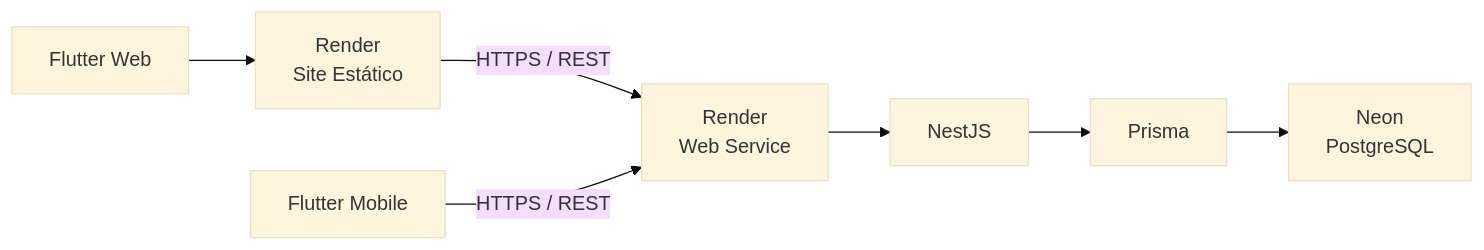
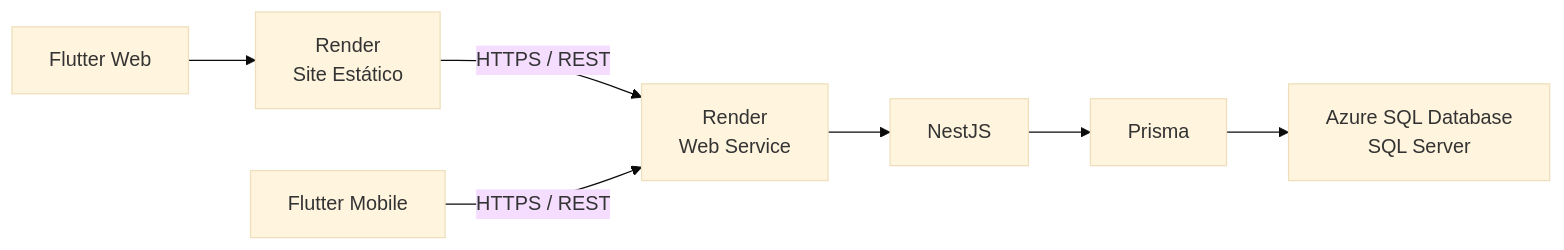
One commit to DanielSameque/Otzar changed the second of 2 diagrams in frontend/docs/08-stack-tecnologica.md. Above: the diagram before and after it, drawn with Mermaid (base theme). The commit also changed other lines of this file and 13 other files, not shown here.

Commit message:
Refactor backend to switch from PostgreSQL to SQL Server 2025. Update environment configuration, Docker setup, and Prisma integration. Modify documentation to reflect changes in database technology and connection details. Ensure compatibility with Azure SQL Database for production deployment.

````diff
--- a/frontend/docs/08-stack-tecnologica.md
+++ b/frontend/docs/08-stack-tecnologica.md
@@ -367,17 +391,17 @@
 ```mermaid
 flowchart LR
     A["Flutter Web"]
     M["Flutter Mobile"]
     B["Render<br/>Site Estático"]
     C["Render<br/>Web Service"]
     D["NestJS"]
     E["Prisma"]
-    F["Neon<br/>PostgreSQL"]
+    F["Azure SQL Database<br/>SQL Server"]
 
     A --> B
     B -->|"HTTPS / REST"| C
     M -->|"HTTPS / REST"| C
     C --> D
     D --> E
     E --> F
 ```
````
